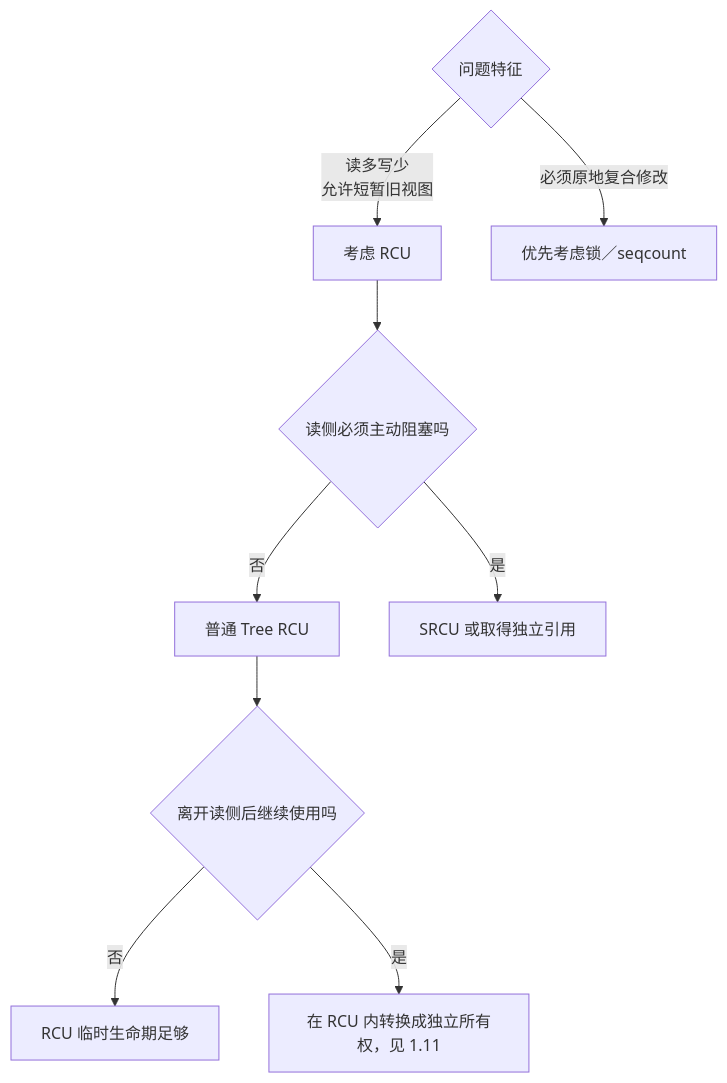
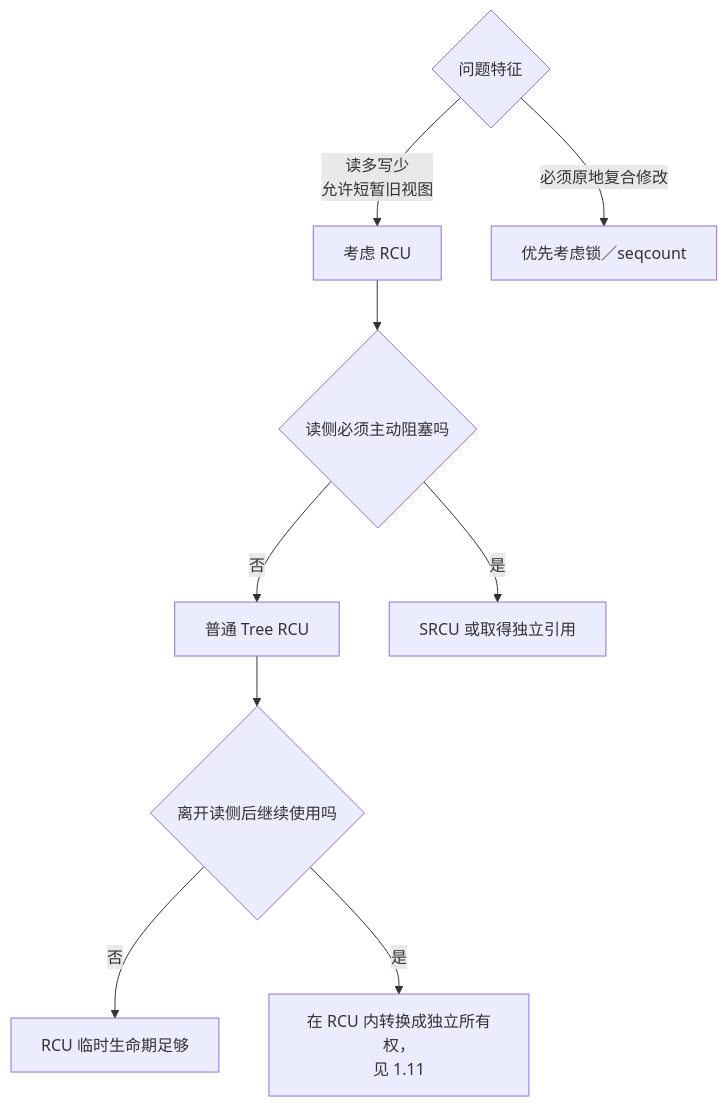
One commit to FormingSystem/linux_note changed the eighth of 10 diagrams in knowledge/linux/synchronization/rcu/P01_为什么需要_RCU.md. Above: the diagram before and after it, drawn with Mermaid. The commit also changed other lines of this file and 2 other files, not shown here.

Commit message:
content(knowledge/rcu): 补充静止状态证据闭环

````diff
--- a/knowledge/linux/synchronization/rcu/P01_为什么需要_RCU.md
+++ b/knowledge/linux/synchronization/rcu/P01_为什么需要_RCU.md
@@ -361,11 +361,11 @@
 ```mermaid
 flowchart TD
     Q{问题特征} -->|读多写少<br/>允许短暂旧视图| R[考虑 RCU]
     Q -->|必须原地复合修改| K[优先考虑锁／seqcount]
     R --> S{读侧必须主动阻塞吗}
     S -->|否| T[普通 Tree RCU]
     S -->|是| U[SRCU 或取得独立引用]
     T --> O{离开读侧后继续使用吗}
     O -->|否| X[RCU 临时生命期足够]
-    O -->|是| Y["在 RCU 内转换成独立所有权，见 1.11"]
+    O -->|是| Y["在 RCU 内转换成独立所有权，<br/>见 1.11"]
 ```
````
